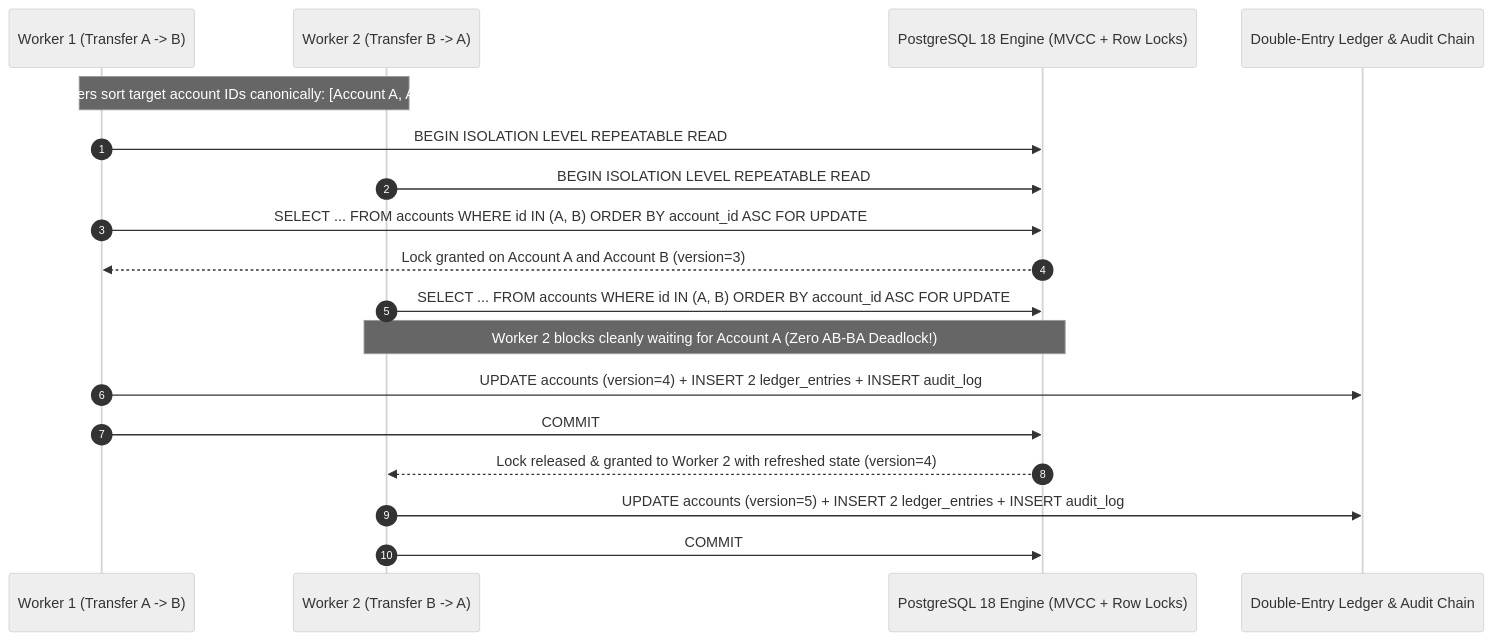
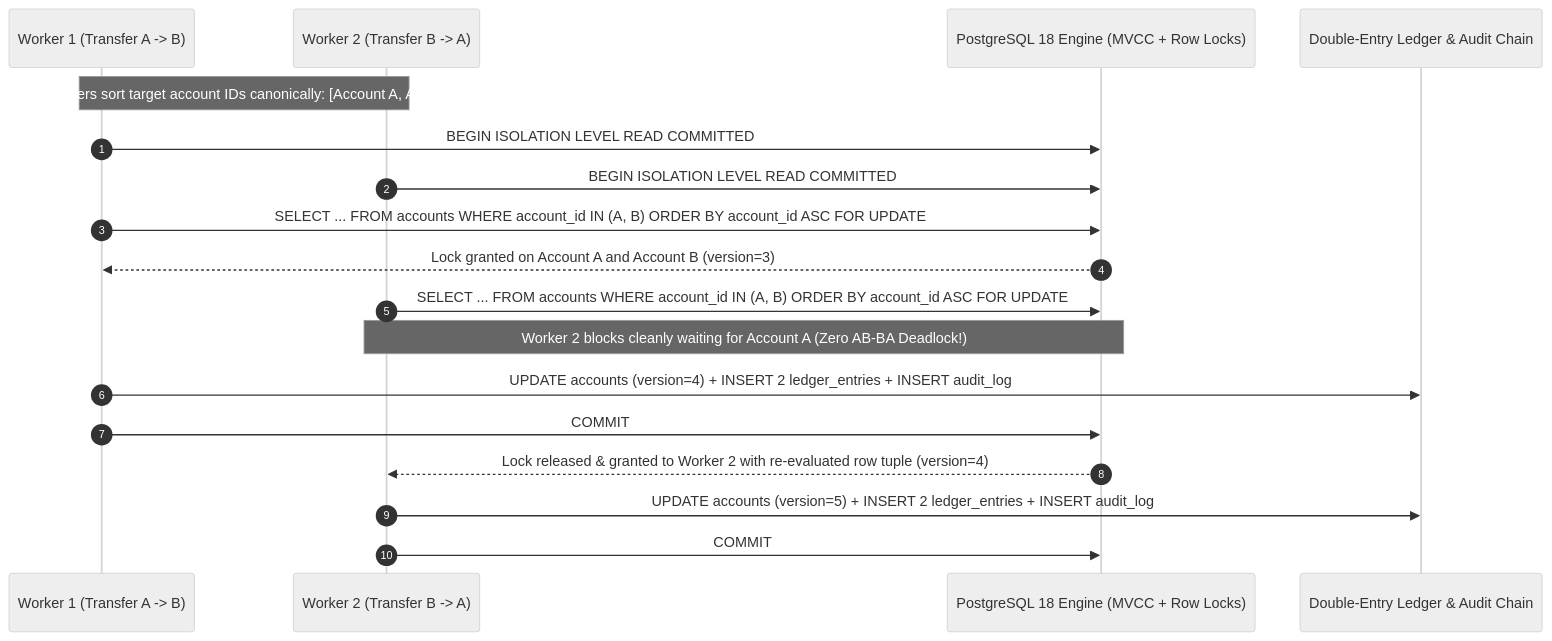
The second of 2 diagrams in portfolio-3-transactions-concurrency/README.md (D0nG4667/gpmorgan-forge-de-portfolio), drawn with Mermaid (neutral theme) before and after one commit. The commit also changed other lines of this file and 9 other files, not shown here.

````diff
--- a/portfolio-3-transactions-concurrency/README.md
+++ b/portfolio-3-transactions-concurrency/README.md
@@ -41,21 +44,21 @@
 ```mermaid
 sequenceDiagram
     autonumber
     participant W1 as Worker 1 (Transfer A -> B)
     participant W2 as Worker 2 (Transfer B -> A)
     participant PG as PostgreSQL 18 Engine (MVCC + Row Locks)
     participant Ledger as Double-Entry Ledger & Audit Chain
 
     Note over W1,W2: Both workers sort target account IDs canonically: [Account A, Account B]
-    W1->>PG: BEGIN ISOLATION LEVEL REPEATABLE READ
-    W2->>PG: BEGIN ISOLATION LEVEL REPEATABLE READ
-    W1->>PG: SELECT ... FROM accounts WHERE id IN (A, B) ORDER BY account_id ASC FOR UPDATE
+    W1->>PG: BEGIN ISOLATION LEVEL READ COMMITTED
+    W2->>PG: BEGIN ISOLATION LEVEL READ COMMITTED
+    W1->>PG: SELECT ... FROM accounts WHERE account_id IN (A, B) ORDER BY account_id ASC FOR UPDATE
     PG-->>W1: Lock granted on Account A and Account B (version=3)
-    W2->>PG: SELECT ... FROM accounts WHERE id IN (A, B) ORDER BY account_id ASC FOR UPDATE
+    W2->>PG: SELECT ... FROM accounts WHERE account_id IN (A, B) ORDER BY account_id ASC FOR UPDATE
     Note over W2,PG: Worker 2 blocks cleanly waiting for Account A (Zero AB-BA Deadlock!)
     W1->>Ledger: UPDATE accounts (version=4) + INSERT 2 ledger_entries + INSERT audit_log
     W1->>PG: COMMIT
-    PG-->>W2: Lock released & granted to Worker 2 with refreshed state (version=4)
+    PG-->>W2: Lock released & granted to Worker 2 with re-evaluated row tuple (version=4)
     W2->>Ledger: UPDATE accounts (version=5) + INSERT 2 ledger_entries + INSERT audit_log
     W2->>PG: COMMIT
 ```
````
